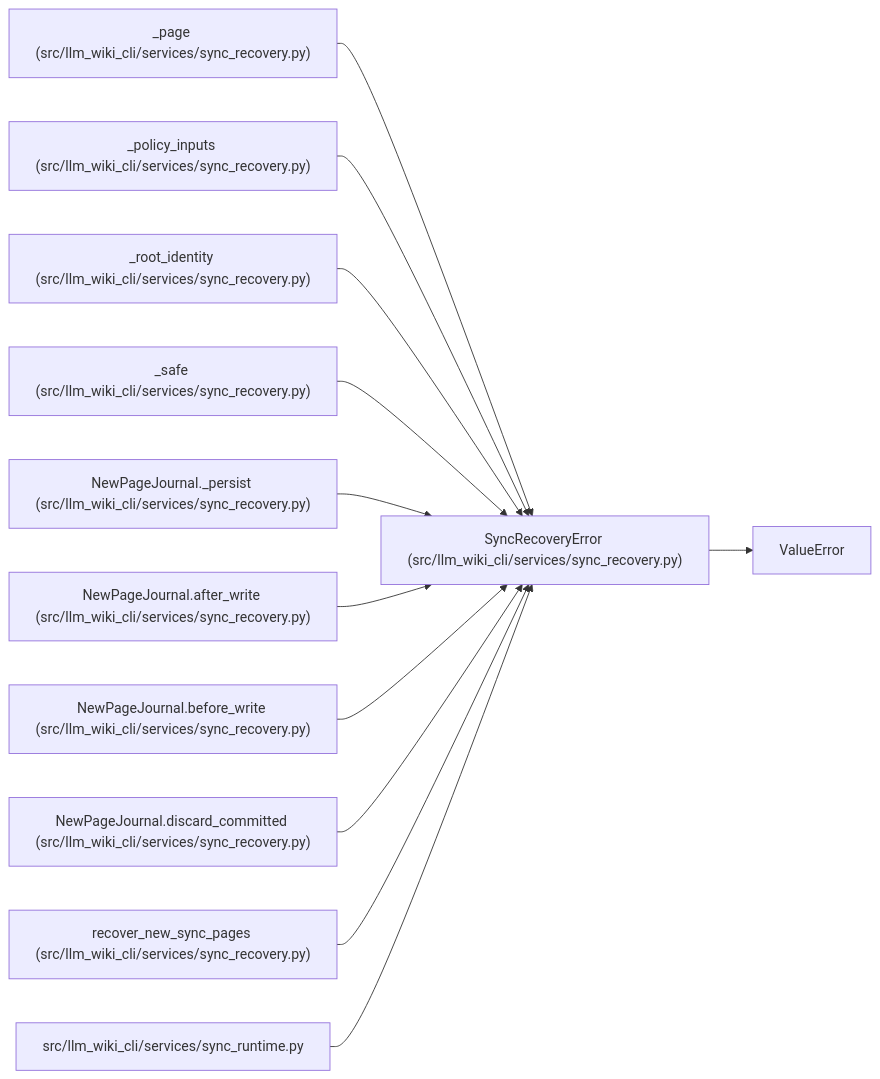
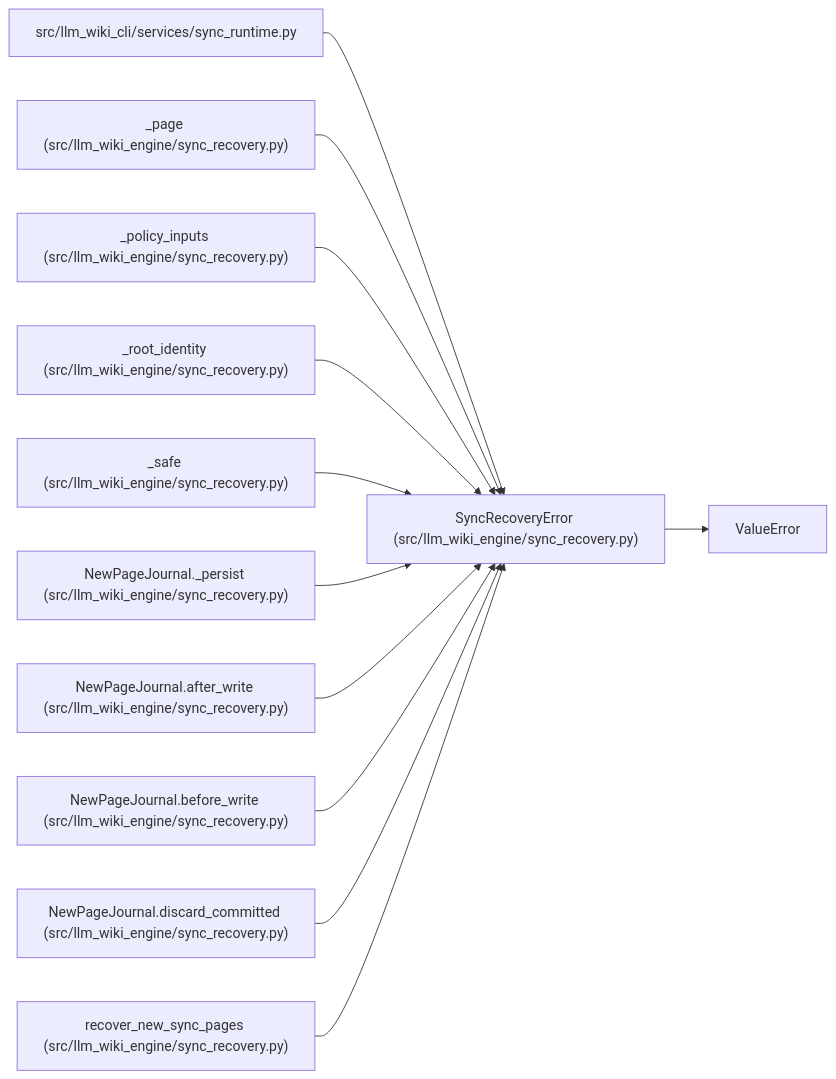
Before and after one commit to Denissvgn/python-wiki-llm: the diagram in docs/llm_wiki/entities/SyncRecoveryError.md, drawn with Mermaid. The commit also changed other lines of this file and 1058 other files, not shown here.

````diff
--- a/docs/llm_wiki/entities/SyncRecoveryError.md
+++ b/docs/llm_wiki/entities/SyncRecoveryError.md
@@ -23,37 +23,37 @@
 ```mermaid
 flowchart LR
-    n0["SyncRecoveryError (src/llm_wiki_cli/services/sync_recovery.py)"]
+    n0["SyncRecoveryError (src/llm_wiki_engine/sync_recovery.py)"]
     n1["ValueError"]
-    n2["_page (src/llm_wiki_cli/services/sync_recovery.py)"]
-    n3["_policy_inputs (src/llm_wiki_cli/services/sync_recovery.py)"]
-    n4["_root_identity (src/llm_wiki_cli/services/sync_recovery.py)"]
-    n5["_safe (src/llm_wiki_cli/services/sync_recovery.py)"]
-    n6["NewPageJournal._persist (src/llm_wiki_cli/services/sync_recovery.py)"]
-    n7["NewPageJournal.after_write (src/llm_wiki_cli/services/sync_recovery.py)"]
-    n8["NewPageJournal.before_write (src/llm_wiki_cli/services/sync_recovery.py)"]
-    n9["NewPageJournal.discard_committed (src/llm_wiki_cli/services/sync_recovery.py)"]
-    n10["recover_new_sync_pages (src/llm_wiki_cli/services/sync_recovery.py)"]
-    n11["src/llm_wiki_cli/services/sync_runtime.py"]
+    n2["src/llm_wiki_cli/services/sync_runtime.py"]
+    n3["_page (src/llm_wiki_engine/sync_recovery.py)"]
+    n4["_policy_inputs (src/llm_wiki_engine/sync_recovery.py)"]
+    n5["_root_identity (src/llm_wiki_engine/sync_recovery.py)"]
+    n6["_safe (src/llm_wiki_engine/sync_recovery.py)"]
+    n7["NewPageJournal._persist (src/llm_wiki_engine/sync_recovery.py)"]
+    n8["NewPageJournal.after_write (src/llm_wiki_engine/sync_recovery.py)"]
+    n9["NewPageJournal.before_write (src/llm_wiki_engine/sync_recovery.py)"]
+    n10["NewPageJournal.discard_committed (src/llm_wiki_engine/sync_recovery.py)"]
+    n11["recover_new_sync_pages (src/llm_wiki_engine/sync_recovery.py)"]
     n0 --> n1
     n2 --> n0
     n3 --> n0
     n4 --> n0
     n5 --> n0
     n6 --> n0
     n7 --> n0
     n8 --> n0
     n9 --> n0
     n10 --> n0
     n11 --> n0
     click n0 "../modules/sync_recovery.md"
-    click n2 "../modules/sync_recovery.md"
+    click n2 "../modules/sync_runtime.md"
     click n3 "../modules/sync_recovery.md"
     click n4 "../modules/sync_recovery.md"
     click n5 "../modules/sync_recovery.md"
     click n6 "../modules/sync_recovery.md"
     click n7 "../modules/sync_recovery.md"
     click n8 "../modules/sync_recovery.md"
     click n9 "../modules/sync_recovery.md"
     click n10 "../modules/sync_recovery.md"
-    click n11 "../modules/sync_runtime.md"
+    click n11 "../modules/sync_recovery.md"
 ```
````
